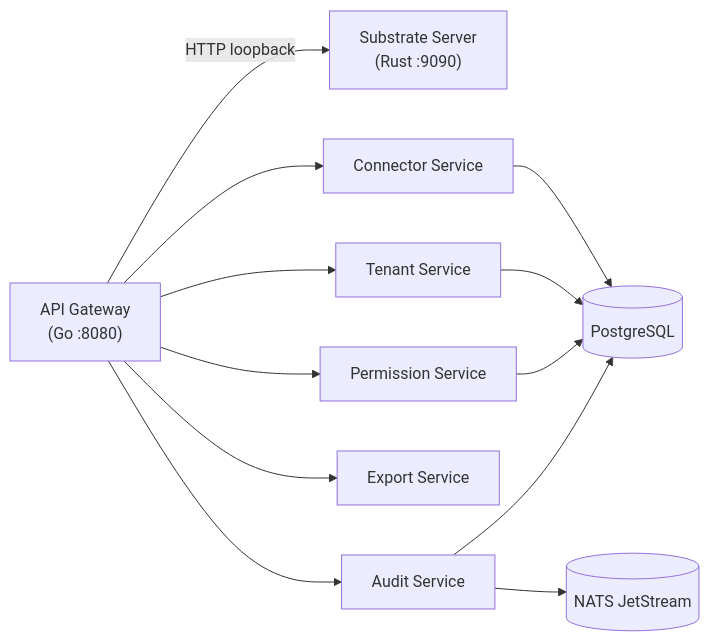
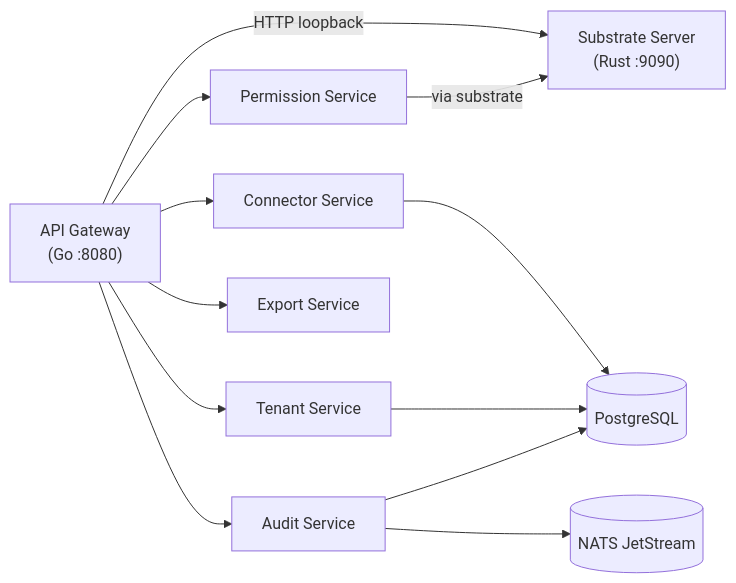
Before and after one commit to kennguy3n/knowledge: the second of 4 diagrams in ARCHITECTURE.md, drawn with Mermaid. The commit also changed other lines of this file, not shown here.

Commit message:
fix(docs): correct Permission Service diagram edge and add SCIM persistence note
- Remove incorrect PS-->PG edge in Mermaid topology (Permission Service
  has no Postgres dependency — it uses substrate loopback)
- Replace with PS-->|via substrate| SUB to show actual data path
- Note in service table that SCIM directory is in-memory only

````diff
--- a/ARCHITECTURE.md
+++ b/ARCHITECTURE.md
@@ -338,23 +338,23 @@
 ```mermaid
 flowchart LR
     GW["API Gateway\n(Go :8080)"]
     SUB["Substrate Server\n(Rust :9090)"]
     CS["Connector Service"]
     PS["Permission Service"]
     TS["Tenant Service"]
     XS["Export Service"]
     AS["Audit Service"]
     PG[("PostgreSQL")]
     NJ[("NATS JetStream")]
     GW -->|HTTP loopback| SUB
     GW --> CS
     GW --> PS
     GW --> TS
     GW --> XS
     GW --> AS
     CS --> PG
     TS --> PG
-    PS --> PG
+    PS -->|via substrate| SUB
     AS --> PG
     AS --> NJ
 ```
````
